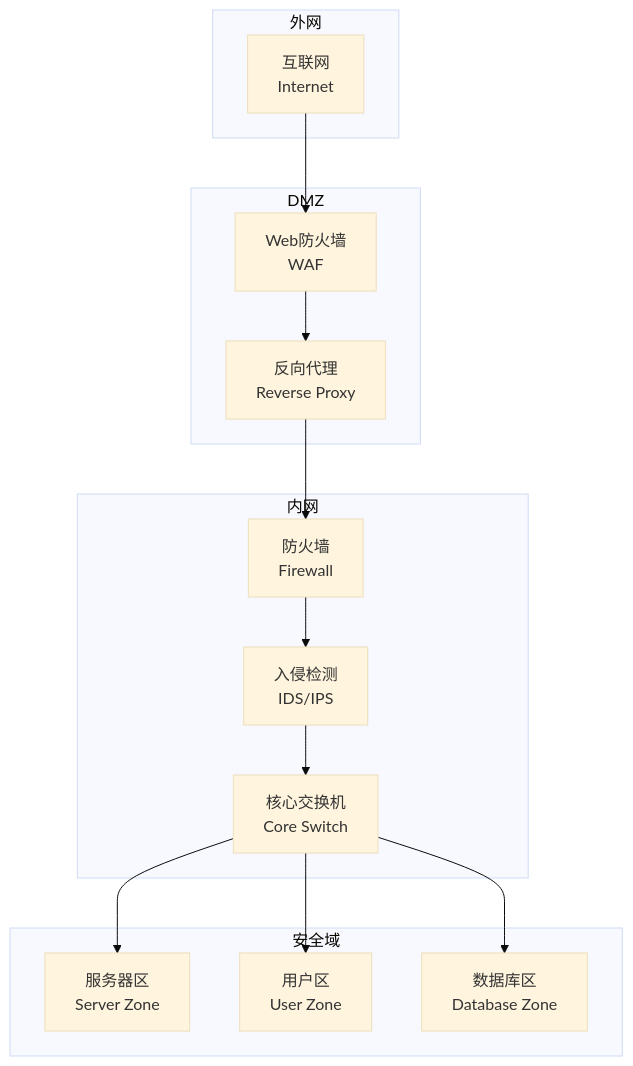
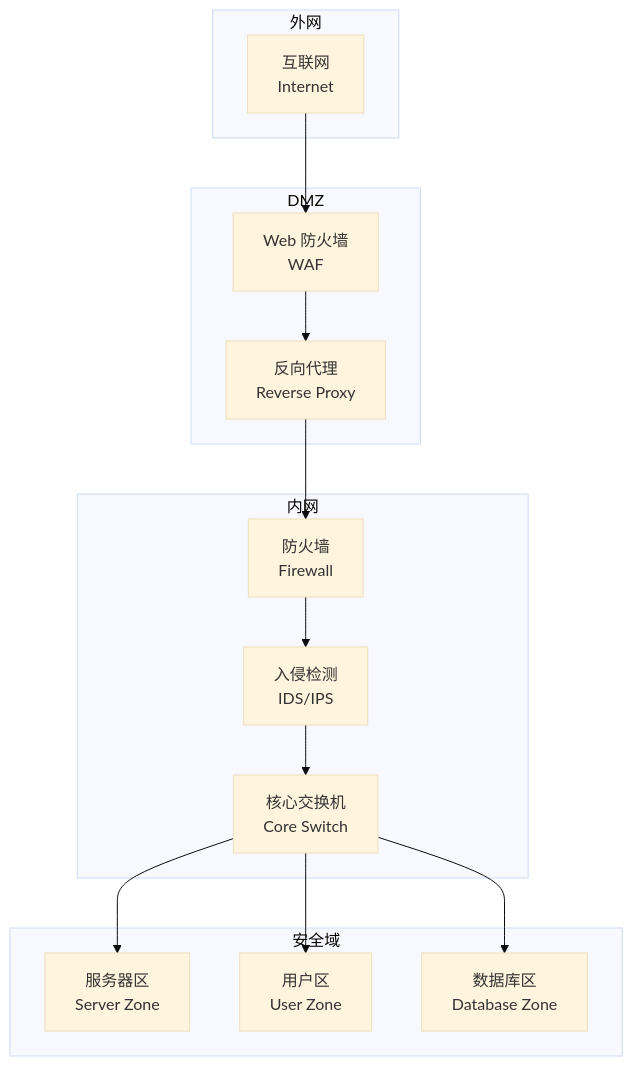
One commit to Tianshang301/TianshangKnowledgeBase changed the first of 2 diagrams in 05_ComputerScience/Cybersecurity/NetworkSecurity.md. Above: the diagram before and after it, drawn with Mermaid (base theme). The commit also changed other lines of this file and 2257 other files, not shown here.

````diff
--- a/05_ComputerScience/Cybersecurity/NetworkSecurity.md
+++ b/05_ComputerScience/Cybersecurity/NetworkSecurity.md
@@ -14,28 +16,28 @@
 ```mermaid
 graph TB
     subgraph 外网
         Internet[互联网<br/>Internet]
     end
     subgraph DMZ
-        WAF[Web防火墙<br/>WAF]
+        WAF[Web 防火墙<br/>WAF]
         Proxy[反向代理<br/>Reverse Proxy]
     end
     subgraph 内网
         FW[防火墙<br/>Firewall]
         IDS[入侵检测<br/>IDS/IPS]
         Switch[核心交换机<br/>Core Switch]
     end
     subgraph 安全域
         Server[服务器区<br/>Server Zone]
         User[用户区<br/>User Zone]
         DB[数据库区<br/>Database Zone]
     end
     Internet --> WAF
     WAF --> Proxy
     Proxy --> FW
     FW --> IDS
     IDS --> Switch
     Switch --> Server
     Switch --> User
     Switch --> DB
 ```
````
